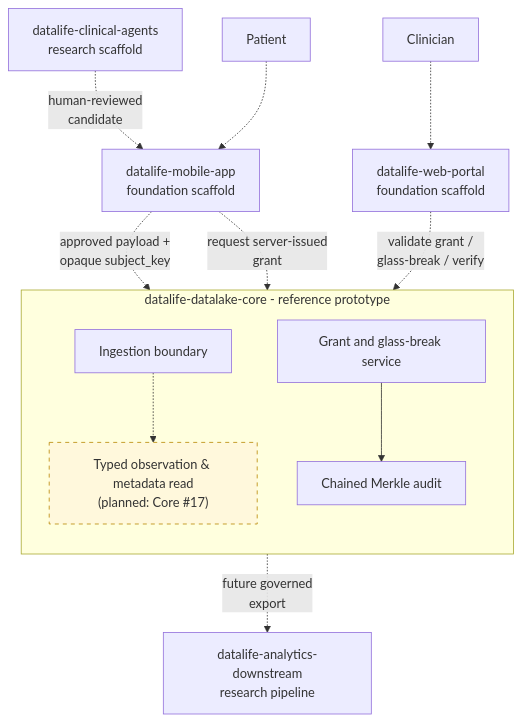
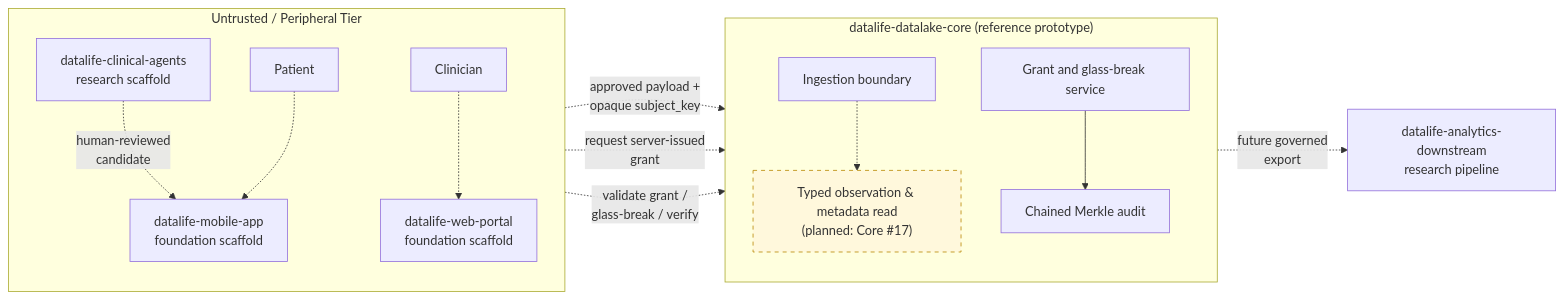
The diagram in profile/README.md (datalife-ehealth/.github), drawn with Mermaid before and after one commit.

Commit message:
docs(profile): use compact left-to-right Mermaid layout

````diff
--- a/profile/README.md
+++ b/profile/README.md
@@ -51,33 +51,36 @@
 ```mermaid
-flowchart TB
-    Agents["datalife-clinical-agents<br/>research scaffold"]
-    Patient[Patient]
-    Clinician[Clinician]
+flowchart LR
+    subgraph Clients["Untrusted / Peripheral Tier"]
+        direction TB
+        Agents["datalife-clinical-agents<br/>research scaffold"]
+        Patient[Patient]
+        Clinician[Clinician]
+        Mobile["datalife-mobile-app<br/>foundation scaffold"]
+        Web["datalife-web-portal<br/>foundation scaffold"]
 
-    Mobile["datalife-mobile-app<br/>foundation scaffold"]
-    Web["datalife-web-portal<br/>foundation scaffold"]
+        Agents -.->|"human-reviewed<br/>candidate"| Mobile
+        Patient -.-> Mobile
+        Clinician -.-> Web
+    end
 
-    Agents -.->|"human-reviewed<br/>candidate"| Mobile
-    Patient -.-> Mobile
-    Clinician -.-> Web
-
-    subgraph CoreRepo["datalife-datalake-core - reference prototype"]
+    subgraph CoreRepo["datalife-datalake-core (reference prototype)"]
         direction TB
         Ingest[Ingestion boundary]
         ObsStore["Typed observation & metadata read<br/>(planned: Core #17)"]
         Grants[Grant and glass-break service]
         Audit[Chained Merkle audit]
+
         Ingest -.-> ObsStore
         Grants --> Audit
     end
 
+    Analytics["datalife-analytics-downstream<br/>research pipeline"]
+
     Mobile -.->|"approved payload +<br/>opaque subject_key"| Ingest
     Mobile -.->|"request server-issued<br/>grant"| Grants
     Web -.->|"validate grant /<br/>glass-break / verify"| Grants
-
-    Analytics["datalife-analytics-downstream<br/>research pipeline"]
     ObsStore -.->|"future governed<br/>export"| Analytics
 
     classDef planned fill:#fff8dc,stroke:#b88700,stroke-dasharray: 5 5;
     class ObsStore planned;
 ```
````
